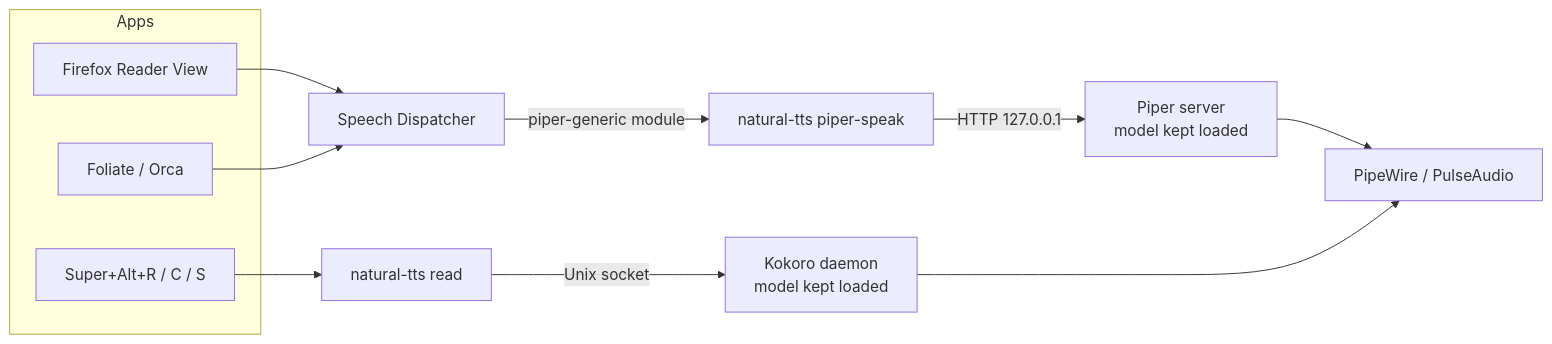
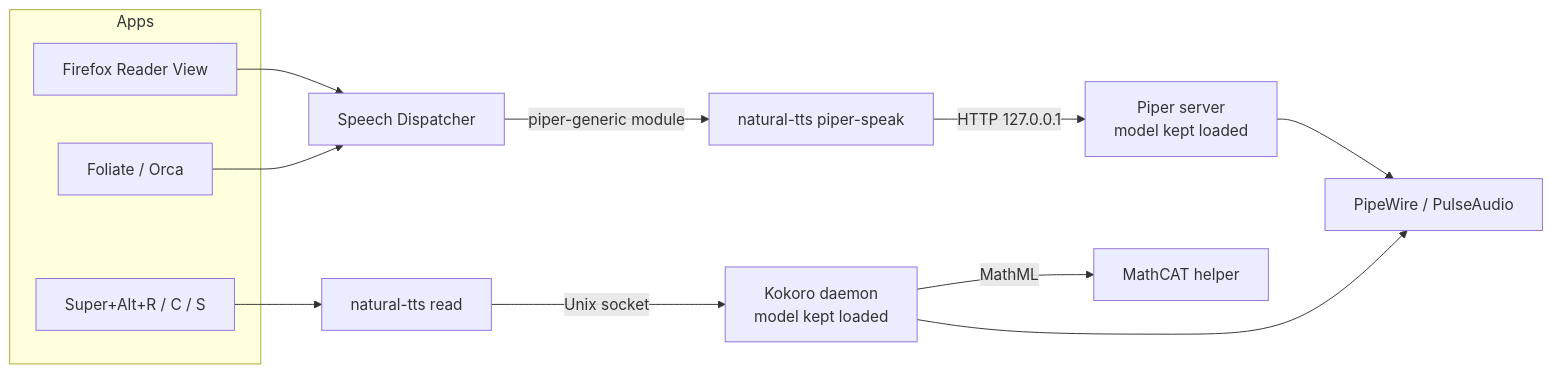
One commit to mahdi-shafiei/ubuntu-natural-tts changed the diagram in README.md. Above: the diagram before and after it, drawn with Mermaid. The commit also changed other lines of this file, not shown here.

````diff
--- a/README.md
+++ b/README.md
@@ -270,16 +264,17 @@
 ```mermaid
 flowchart LR
     subgraph Apps
         FF[Firefox Reader View]
         FO[Foliate / Orca]
         HK[Super+Alt+R / C / S]
     end
     FF --> SD[Speech Dispatcher]
     FO --> SD
     SD -->|piper-generic module| PS[natural-tts piper-speak]
     PS -->|HTTP 127.0.0.1| PIPER[Piper server<br/>model kept loaded]
     HK --> RS[natural-tts read]
     RS -->|Unix socket| KD[Kokoro daemon<br/>model kept loaded]
+    KD -->|MathML| MC[MathCAT helper]
     PIPER --> AU[PipeWire / PulseAudio]
     KD --> AU
 ```
````
